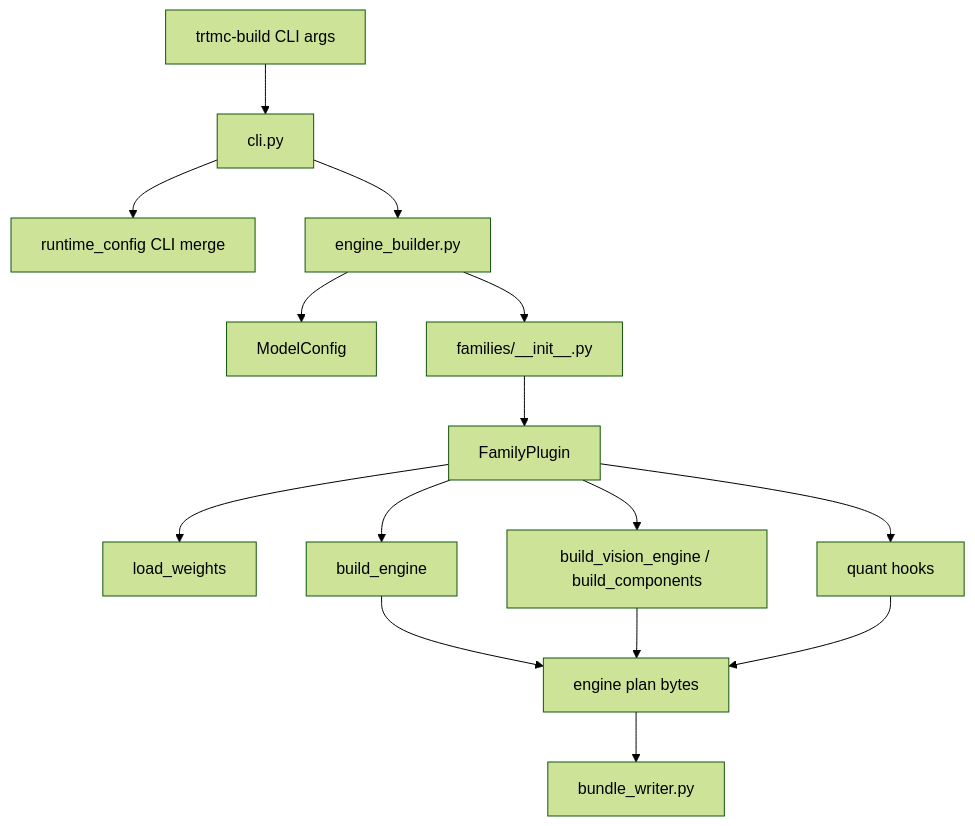
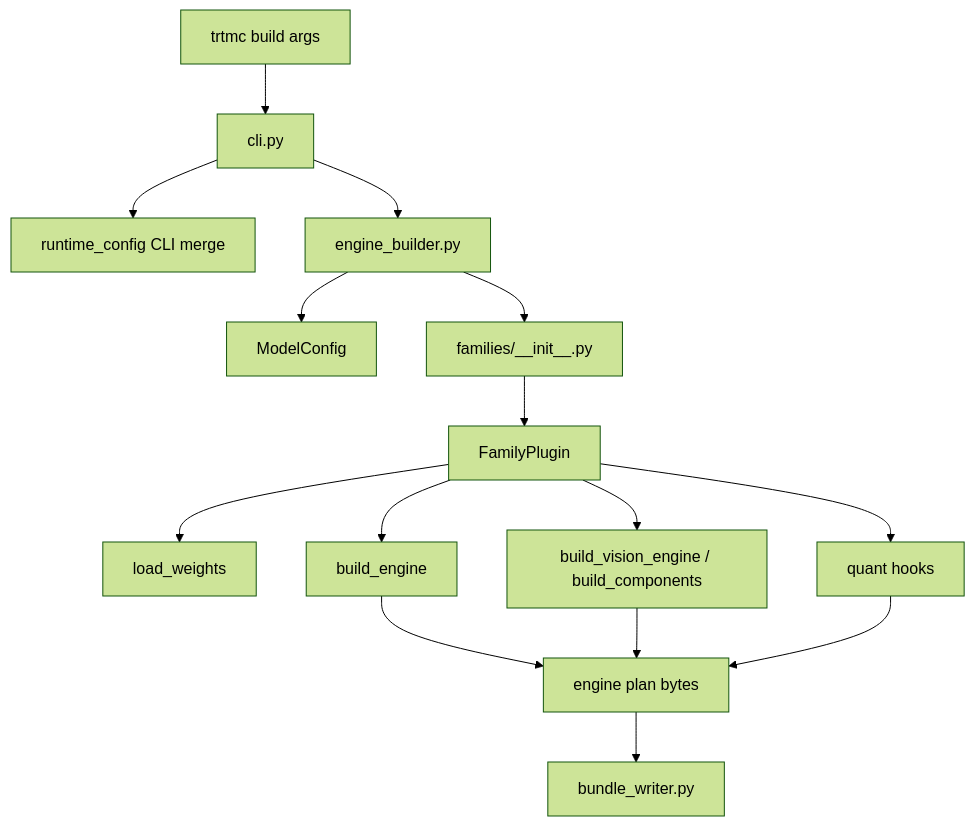
One commit to NVIDIA/TensorRT-Model-Connect changed the first of 3 diagrams in website/docs/unit-design/python-builder.md. Above: the diagram before and after it, drawn with Mermaid (forest theme). The commit also changed other lines of this file and 176 other files, not shown here.

First line of the commit message:
feat(cli): package unified trtmc command

````diff
--- a/website/docs/unit-design/python-builder.md
+++ b/website/docs/unit-design/python-builder.md
@@ -7,17 +7,17 @@
 ```mermaid
 flowchart TD
-  Args["trtmc-build CLI args"] --> CLI["cli.py"]
+  Args["trtmc build args"] --> CLI["cli.py"]
   CLI --> ConfigLayer["runtime_config CLI merge"]
   CLI --> EngineBuilder["engine_builder.py"]
   EngineBuilder --> ModelConfig["ModelConfig"]
   EngineBuilder --> FamilyLookup["families/__init__.py"]
   FamilyLookup --> Family["FamilyPlugin"]
   Family --> Weights["load_weights"]
   Family --> BuildMain["build_engine"]
   Family --> BuildOptional["build_vision_engine / build_components"]
   Family --> QuantHooks["quant hooks"]
   BuildMain --> Plans["engine plan bytes"]
   BuildOptional --> Plans
   QuantHooks --> Plans
   Plans --> Bundle["bundle_writer.py"]
 ```
````
